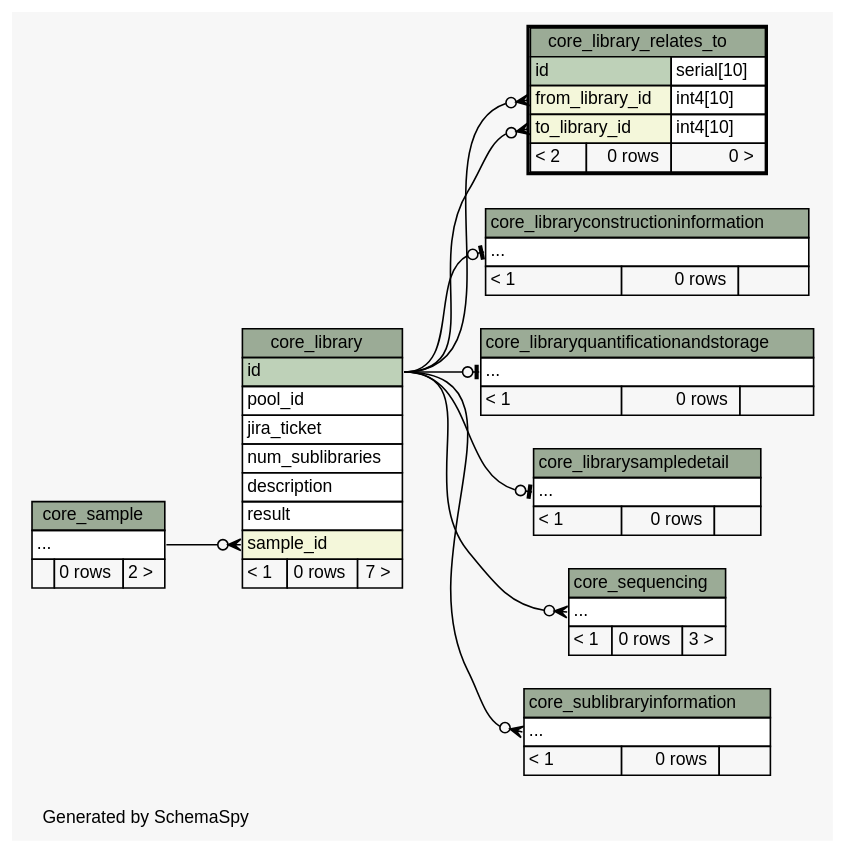
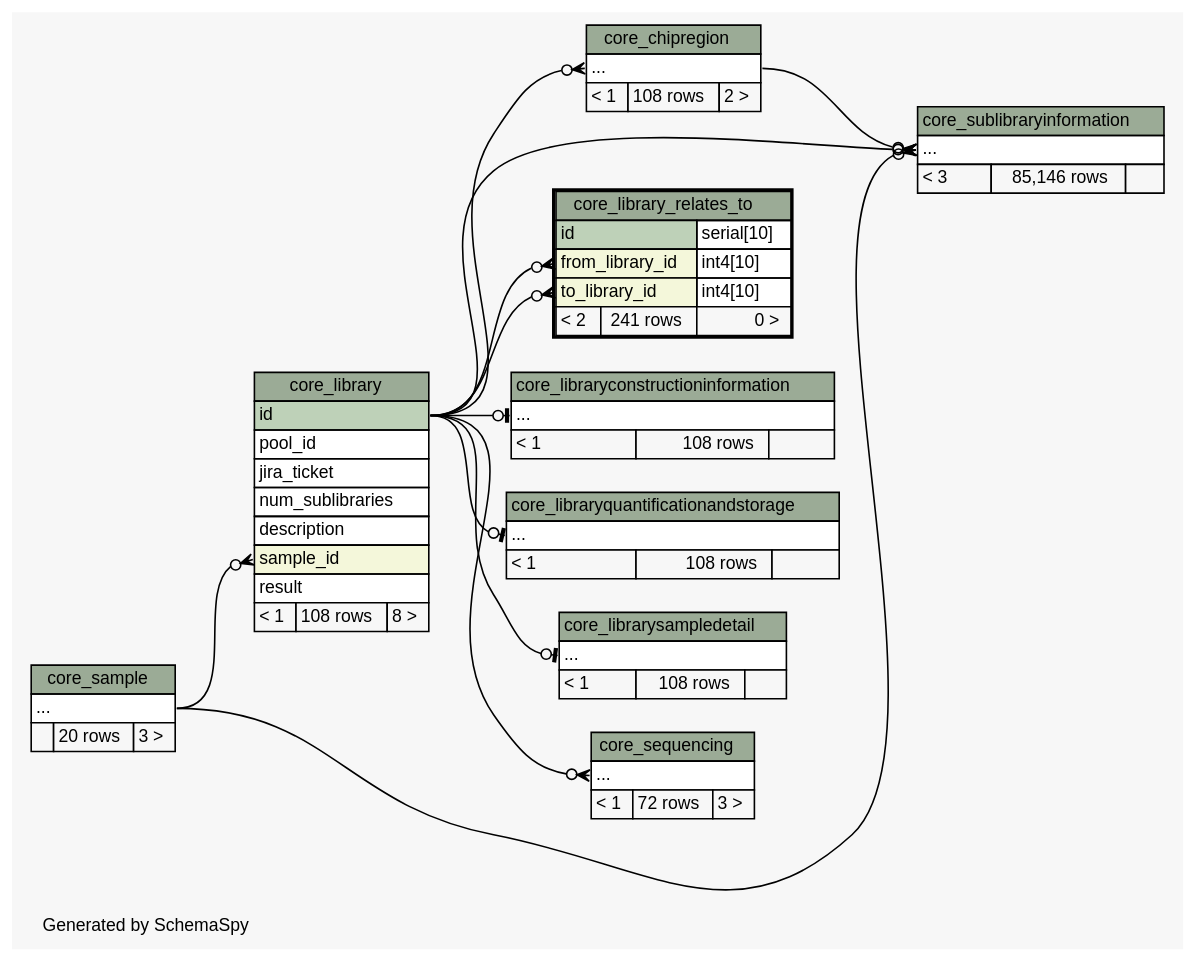
The diagram in db-schema/diagrams/core_library_relates_to.2degrees.dot (molonc/colossus), drawn with Graphviz before and after one commit. The commit also changed 159 other files, not shown here.

Commit message:
KRONOS-258 database schema update

```diff
--- a/db-schema/diagrams/core_library_relates_to.2degrees.dot
+++ b/db-schema/diagrams/core_library_relates_to.2degrees.dot
@@ -1,118 +1,131 @@
 // dot 2.36.0 on Mac OS X 10.9.5
 // SchemaSpy rev 590
 digraph "twoDegreesRelationshipsDiagram" {
   graph [
     rankdir="RL"
     bgcolor="#f7f7f7"
     label="\nGenerated by SchemaSpy"
     labeljust="l"
     nodesep="0.18"
     ranksep="0.46"
     fontname="Helvetica"
     fontsize="11"
   ];
   node [
     fontname="Helvetica"
     fontsize="11"
     shape="plaintext"
   ];
   edge [
     arrowsize="0.8"
   ];
+  "core_chipregion":"elipses":w -> "core_library":"id":e [arrowhead=none dir=back arrowtail=crowodot];
   "core_library":"sample_id":w -> "core_sample":"elipses":e [arrowhead=none dir=back arrowtail=crowodot];
   "core_library_relates_to":"from_library_id":w -> "core_library":"id":e [arrowhead=none dir=back arrowtail=crowodot];
   "core_library_relates_to":"to_library_id":w -> "core_library":"id":e [arrowhead=none dir=back arrowtail=crowodot];
   "core_libraryconstructioninformation":"elipses":w -> "core_library":"id":e [arrowhead=none dir=back arrowtail=teeodot];
   "core_libraryquantificationandstorage":"elipses":w -> "core_library":"id":e [arrowhead=none dir=back arrowtail=teeodot];
   "core_librarysampledetail":"elipses":w -> "core_library":"id":e [arrowhead=none dir=back arrowtail=teeodot];
   "core_sequencing":"elipses":w -> "core_library":"id":e [arrowhead=none dir=back arrowtail=crowodot];
+  "core_sublibraryinformation":"elipses":w -> "core_chipregion":"elipses":e [arrowhead=none dir=back arrowtail=crowodot];
   "core_sublibraryinformation":"elipses":w -> "core_library":"id":e [arrowhead=none dir=back arrowtail=crowodot];
+  "core_sublibraryinformation":"elipses":w -> "core_sample":"elipses":e [arrowhead=none dir=back arrowtail=crowodot];
+  "core_chipregion" [
+    label=<
+    <TABLE BORDER="0" CELLBORDER="1" CELLSPACING="0" BGCOLOR="#ffffff">
+      <TR><TD COLSPAN="3" BGCOLOR="#9bab96" ALIGN="CENTER">core_chipregion</TD></TR>
+      <TR><TD PORT="elipses" COLSPAN="3" ALIGN="LEFT">...</TD></TR>
+      <TR><TD ALIGN="LEFT" BGCOLOR="#f7f7f7">&lt; 1</TD><TD ALIGN="RIGHT" BGCOLOR="#f7f7f7">108 rows</TD><TD ALIGN="RIGHT" BGCOLOR="#f7f7f7">2 &gt;</TD></TR>
+    </TABLE>>
+    URL="core_chipregion.html"
+    tooltip="core_chipregion"
+  ];
   "core_library" [
     label=<
     <TABLE BORDER="0" CELLBORDER="1" CELLSPACING="0" BGCOLOR="#ffffff">
       <TR><TD COLSPAN="3" BGCOLOR="#9bab96" ALIGN="CENTER">core_library</TD></TR>
       <TR><TD PORT="id" COLSPAN="3" BGCOLOR="#bed1b8" ALIGN="LEFT">id</TD></TR>
       <TR><TD PORT="pool_id" COLSPAN="3" ALIGN="LEFT">pool_id</TD></TR>
       <TR><TD PORT="jira_ticket" COLSPAN="3" ALIGN="LEFT">jira_ticket</TD></TR>
       <TR><TD PORT="num_sublibraries" COLSPAN="3" ALIGN="LEFT">num_sublibraries</TD></TR>
       <TR><TD PORT="description" COLSPAN="3" ALIGN="LEFT">description</TD></TR>
+      <TR><TD PORT="sample_id" COLSPAN="3" BGCOLOR="#f4f7da" ALIGN="LEFT">sample_id</TD></TR>
       <TR><TD PORT="result" COLSPAN="3" ALIGN="LEFT">result</TD></TR>
-      <TR><TD PORT="sample_id" COLSPAN="3" BGCOLOR="#f4f7da" ALIGN="LEFT">sample_id</TD></TR>
-      <TR><TD ALIGN="LEFT" BGCOLOR="#f7f7f7">&lt; 1</TD><TD ALIGN="RIGHT" BGCOLOR="#f7f7f7">0 rows</TD><TD ALIGN="RIGHT" BGCOLOR="#f7f7f7">7 &gt;</TD></TR>
+      <TR><TD ALIGN="LEFT" BGCOLOR="#f7f7f7">&lt; 1</TD><TD ALIGN="RIGHT" BGCOLOR="#f7f7f7">108 rows</TD><TD ALIGN="RIGHT" BGCOLOR="#f7f7f7">8 &gt;</TD></TR>
     </TABLE>>
     URL="core_library.html"
     tooltip="core_library"
   ];
   "core_library_relates_to" [
     label=<
     <TABLE BORDER="2" CELLBORDER="1" CELLSPACING="0" BGCOLOR="#ffffff">
       <TR><TD COLSPAN="3" BGCOLOR="#9bab96" ALIGN="CENTER">core_library_relates_to</TD></TR>
       <TR><TD PORT="id" COLSPAN="2" BGCOLOR="#bed1b8" ALIGN="LEFT">id</TD><TD PORT="id.type" ALIGN="LEFT">serial[10]</TD></TR>
       <TR><TD PORT="from_library_id" COLSPAN="2" BGCOLOR="#f4f7da" ALIGN="LEFT">from_library_id</TD><TD PORT="from_library_id.type" ALIGN="LEFT">int4[10]</TD></TR>
       <TR><TD PORT="to_library_id" COLSPAN="2" BGCOLOR="#f4f7da" ALIGN="LEFT">to_library_id</TD><TD PORT="to_library_id.type" ALIGN="LEFT">int4[10]</TD></TR>
-      <TR><TD ALIGN="LEFT" BGCOLOR="#f7f7f7">&lt; 2</TD><TD ALIGN="RIGHT" BGCOLOR="#f7f7f7">0 rows</TD><TD ALIGN="RIGHT" BGCOLOR="#f7f7f7">0 &gt;</TD></TR>
+      <TR><TD ALIGN="LEFT" BGCOLOR="#f7f7f7">&lt; 2</TD><TD ALIGN="RIGHT" BGCOLOR="#f7f7f7">241 rows</TD><TD ALIGN="RIGHT" BGCOLOR="#f7f7f7">0 &gt;</TD></TR>
     </TABLE>>
     URL="core_library_relates_to.html"
     tooltip="core_library_relates_to"
   ];
   "core_libraryconstructioninformation" [
     label=<
     <TABLE BORDER="0" CELLBORDER="1" CELLSPACING="0" BGCOLOR="#ffffff">
       <TR><TD COLSPAN="3" BGCOLOR="#9bab96" ALIGN="CENTER">core_libraryconstructioninformation</TD></TR>
       <TR><TD PORT="elipses" COLSPAN="3" ALIGN="LEFT">...</TD></TR>
-      <TR><TD ALIGN="LEFT" BGCOLOR="#f7f7f7">&lt; 1</TD><TD ALIGN="RIGHT" BGCOLOR="#f7f7f7">0 rows</TD><TD ALIGN="RIGHT" BGCOLOR="#f7f7f7">  </TD></TR>
+      <TR><TD ALIGN="LEFT" BGCOLOR="#f7f7f7">&lt; 1</TD><TD ALIGN="RIGHT" BGCOLOR="#f7f7f7">108 rows</TD><TD ALIGN="RIGHT" BGCOLOR="#f7f7f7">  </TD></TR>
     </TABLE>>
     URL="core_libraryconstructioninformation.html"
     tooltip="core_libraryconstructioninformation"
   ];
   "core_libraryquantificationandstorage" [
     label=<
     <TABLE BORDER="0" CELLBORDER="1" CELLSPACING="0" BGCOLOR="#ffffff">
       <TR><TD COLSPAN="3" BGCOLOR="#9bab96" ALIGN="CENTER">core_libraryquantificationandstorage</TD></TR>
       <TR><TD PORT="elipses" COLSPAN="3" ALIGN="LEFT">...</TD></TR>
-      <TR><TD ALIGN="LEFT" BGCOLOR="#f7f7f7">&lt; 1</TD><TD ALIGN="RIGHT" BGCOLOR="#f7f7f7">0 rows</TD><TD ALIGN="RIGHT" BGCOLOR="#f7f7f7">  </TD></TR>
+      <TR><TD ALIGN="LEFT" BGCOLOR="#f7f7f7">&lt; 1</TD><TD ALIGN="RIGHT" BGCOLOR="#f7f7f7">108 rows</TD><TD ALIGN="RIGHT" BGCOLOR="#f7f7f7">  </TD></TR>
     </TABLE>>
     URL="core_libraryquantificationandstorage.html"
     tooltip="core_libraryquantificationandstorage"
   ];
   "core_librarysampledetail" [
     label=<
     <TABLE BORDER="0" CELLBORDER="1" CELLSPACING="0" BGCOLOR="#ffffff">
       <TR><TD COLSPAN="3" BGCOLOR="#9bab96" ALIGN="CENTER">core_librarysampledetail</TD></TR>
       <TR><TD PORT="elipses" COLSPAN="3" ALIGN="LEFT">...</TD></TR>
-      <TR><TD ALIGN="LEFT" BGCOLOR="#f7f7f7">&lt; 1</TD><TD ALIGN="RIGHT" BGCOLOR="#f7f7f7">0 rows</TD><TD ALIGN="RIGHT" BGCOLOR="#f7f7f7">  </TD></TR>
+      <TR><TD ALIGN="LEFT" BGCOLOR="#f7f7f7">&lt; 1</TD><TD ALIGN="RIGHT" BGCOLOR="#f7f7f7">108 rows</TD><TD ALIGN="RIGHT" BGCOLOR="#f7f7f7">  </TD></TR>
     </TABLE>>
     URL="core_librarysampledetail.html"
     tooltip="core_librarysampledetail"
   ];
   "core_sample" [
     label=<
     <TABLE BORDER="0" CELLBORDER="1" CELLSPACING="0" BGCOLOR="#ffffff">
       <TR><TD COLSPAN="3" BGCOLOR="#9bab96" ALIGN="CENTER">core_sample</TD></TR>
       <TR><TD PORT="elipses" COLSPAN="3" ALIGN="LEFT">...</TD></TR>
-      <TR><TD ALIGN="LEFT" BGCOLOR="#f7f7f7">  </TD><TD ALIGN="RIGHT" BGCOLOR="#f7f7f7">0 rows</TD><TD ALIGN="RIGHT" BGCOLOR="#f7f7f7">2 &gt;</TD></TR>
+      <TR><TD ALIGN="LEFT" BGCOLOR="#f7f7f7">  </TD><TD ALIGN="RIGHT" BGCOLOR="#f7f7f7">20 rows</TD><TD ALIGN="RIGHT" BGCOLOR="#f7f7f7">3 &gt;</TD></TR>
     </TABLE>>
     URL="core_sample.html"
     tooltip="core_sample"
   ];
   "core_sequencing" [
     label=<
     <TABLE BORDER="0" CELLBORDER="1" CELLSPACING="0" BGCOLOR="#ffffff">
       <TR><TD COLSPAN="3" BGCOLOR="#9bab96" ALIGN="CENTER">core_sequencing</TD></TR>
       <TR><TD PORT="elipses" COLSPAN="3" ALIGN="LEFT">...</TD></TR>
-      <TR><TD ALIGN="LEFT" BGCOLOR="#f7f7f7">&lt; 1</TD><TD ALIGN="RIGHT" BGCOLOR="#f7f7f7">0 rows</TD><TD ALIGN="RIGHT" BGCOLOR="#f7f7f7">3 &gt;</TD></TR>
+      <TR><TD ALIGN="LEFT" BGCOLOR="#f7f7f7">&lt; 1</TD><TD ALIGN="RIGHT" BGCOLOR="#f7f7f7">72 rows</TD><TD ALIGN="RIGHT" BGCOLOR="#f7f7f7">3 &gt;</TD></TR>
     </TABLE>>
     URL="core_sequencing.html"
     tooltip="core_sequencing"
   ];
   "core_sublibraryinformation" [
     label=<
     <TABLE BORDER="0" CELLBORDER="1" CELLSPACING="0" BGCOLOR="#ffffff">
       <TR><TD COLSPAN="3" BGCOLOR="#9bab96" ALIGN="CENTER">core_sublibraryinformation</TD></TR>
       <TR><TD PORT="elipses" COLSPAN="3" ALIGN="LEFT">...</TD></TR>
-      <TR><TD ALIGN="LEFT" BGCOLOR="#f7f7f7">&lt; 1</TD><TD ALIGN="RIGHT" BGCOLOR="#f7f7f7">0 rows</TD><TD ALIGN="RIGHT" BGCOLOR="#f7f7f7">  </TD></TR>
+      <TR><TD ALIGN="LEFT" BGCOLOR="#f7f7f7">&lt; 3</TD><TD ALIGN="RIGHT" BGCOLOR="#f7f7f7">85,146 rows</TD><TD ALIGN="RIGHT" BGCOLOR="#f7f7f7">  </TD></TR>
     </TABLE>>
     URL="core_sublibraryinformation.html"
     tooltip="core_sublibraryinformation"
   ];
 }
```
